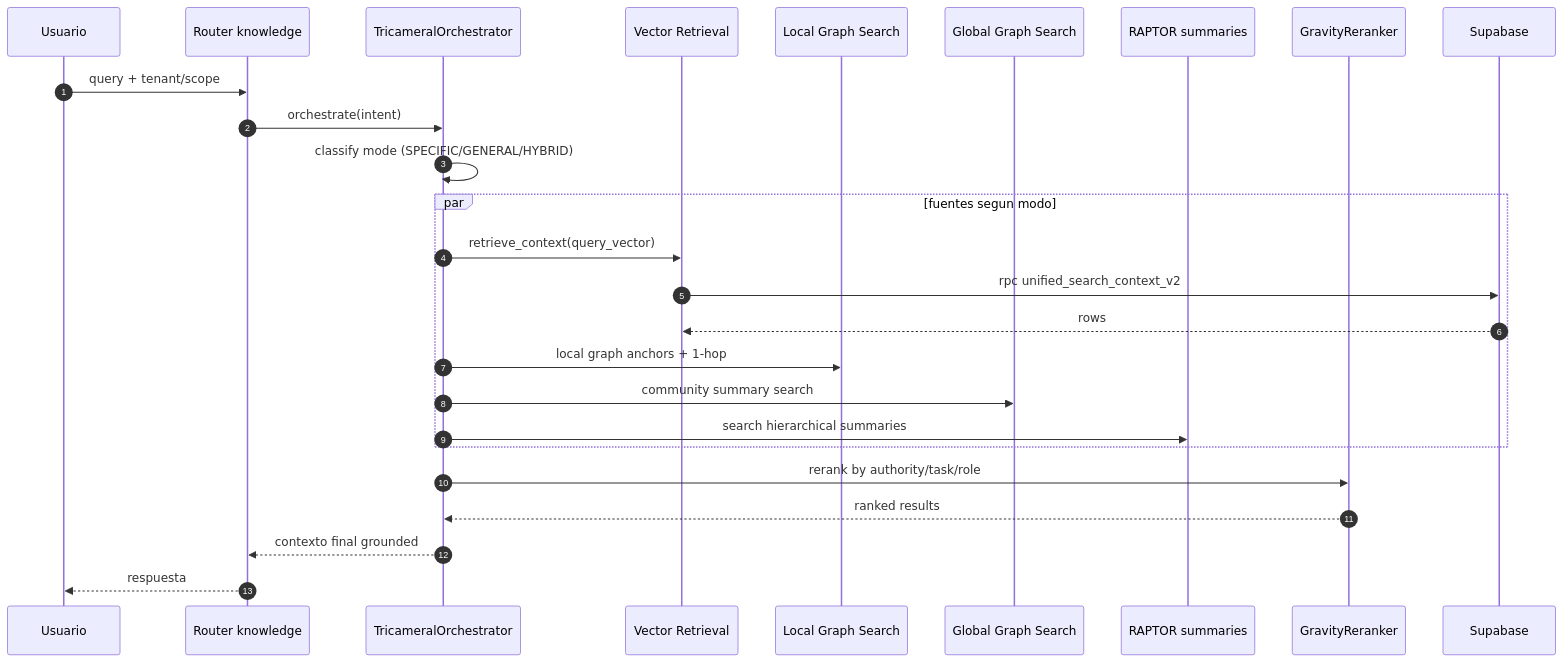
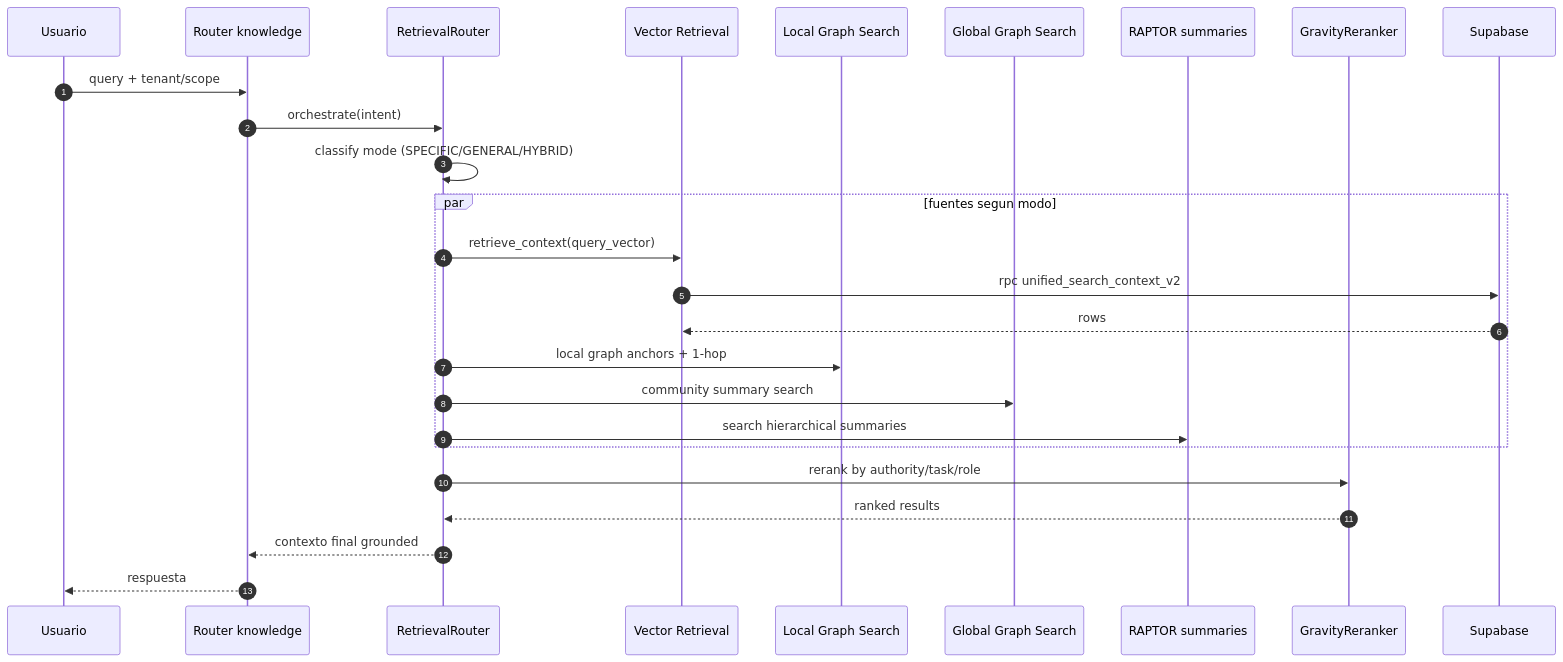
Before and after one commit to mcalza96/CIRE-RAG: the eighth of 10 diagrams in rag-ingestion/docs/flows-and-diagrams.md, drawn with Mermaid. The commit also changed other lines of this file and 43 other files, not shown here.

````diff
--- a/rag-ingestion/docs/flows-and-diagrams.md
+++ b/rag-ingestion/docs/flows-and-diagrams.md
@@ -181,31 +181,31 @@
 ```mermaid
 sequenceDiagram
     autonumber
     participant U as Usuario
     participant API as Router knowledge
-    participant ORQ as TricameralOrchestrator
+    participant ORQ as RetrievalRouter
     participant V as Vector Retrieval
     participant LG as Local Graph Search
     participant GG as Global Graph Search
     participant RP as RAPTOR summaries
     participant RR as GravityReranker
     participant DB as Supabase
 
     U->>API: query + tenant/scope
     API->>ORQ: orchestrate(intent)
     ORQ->>ORQ: classify mode (SPECIFIC/GENERAL/HYBRID)
 
     par fuentes segun modo
       ORQ->>V: retrieve_context(query_vector)
       V->>DB: rpc unified_search_context_v2
       DB-->>V: rows
       ORQ->>LG: local graph anchors + 1-hop
       ORQ->>GG: community summary search
       ORQ->>RP: search hierarchical summaries
     end
 
     ORQ->>RR: rerank by authority/task/role
     RR-->>ORQ: ranked results
     ORQ-->>API: contexto final grounded
     API-->>U: respuesta
 ```
````
